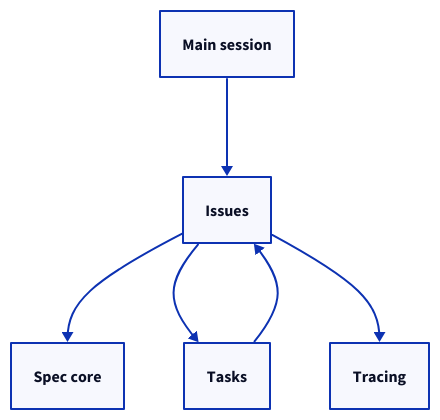
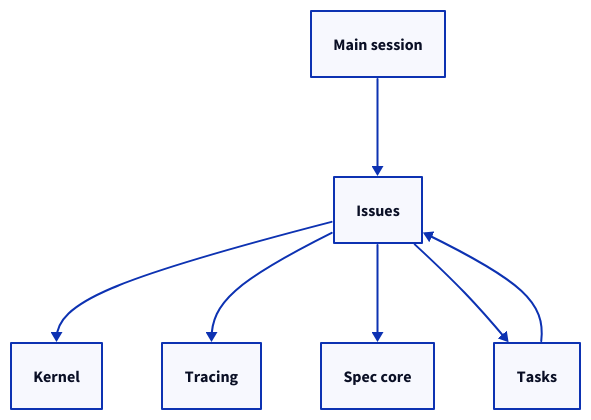
Before and after one commit to FTOD/concorde: the first of 5 diagrams in specs/concorde/issues/module.md, drawn with D2. The commit also changed other lines of this file and 109 other files, not shown here.

````diff
--- a/specs/concorde/issues/module.md
+++ b/specs/concorde/issues/module.md
@@ -109,12 +123,14 @@
 ```d2
 issues: Issues
+kernel: Kernel
 core: Spec core
 tasks: Tasks
 tracing: Tracing
 session: Main session
+issues -> kernel
+issues -> tracing
 issues -> core
 issues -> tasks
-issues -> tracing
 tasks -> issues
 session -> issues
 ```
````
